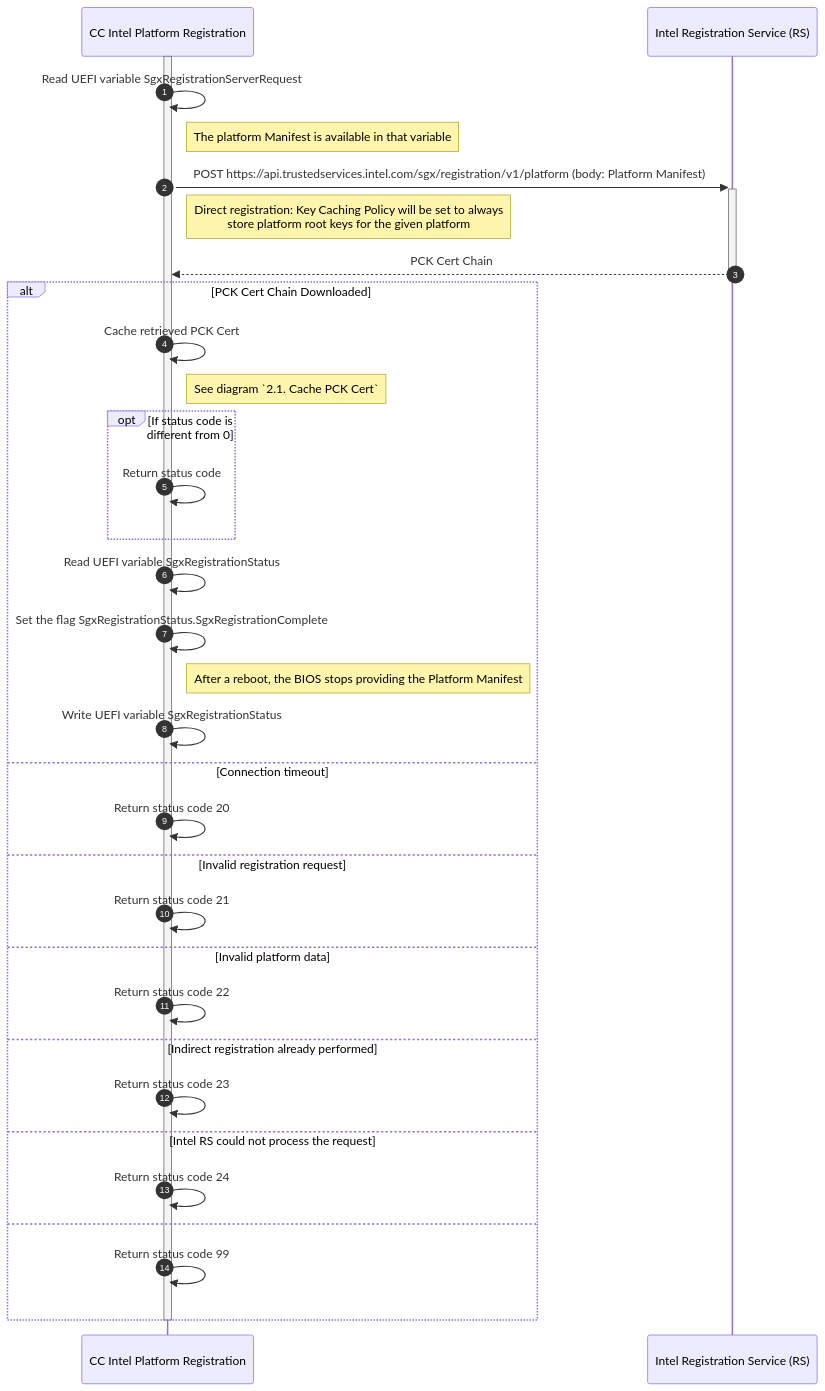
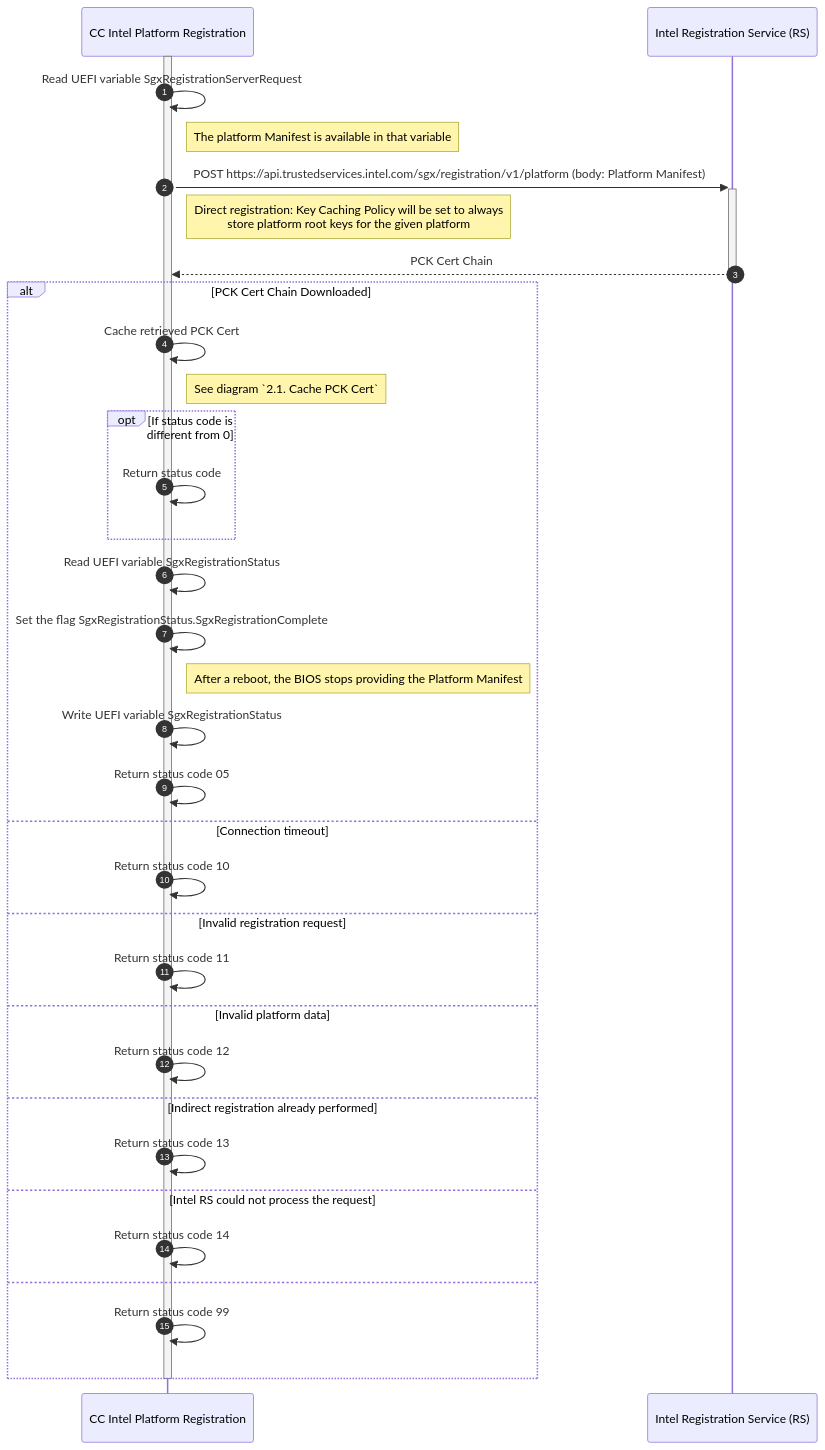
One commit to opensovereigncloud/cc-intel-platform-registration changed the fourth of 4 diagrams in docs/sequence_diagrams/registration.md. Above: the diagram before and after it, drawn with Mermaid. The commit also changed other lines of this file, not shown here.

Commit message:
enhance flow

````diff
--- a/docs/sequence_diagrams/registration.md
+++ b/docs/sequence_diagrams/registration.md
@@ -168,46 +166,48 @@
 ```mermaid
 sequenceDiagram
     participant cc_ipr as CC Intel Platform Registration
     participant rs as Intel Registration Service (RS)
 
     autonumber
 
     activate cc_ipr
     
     cc_ipr->>cc_ipr: Read UEFI variable SgxRegistrationServerRequest
     note right of cc_ipr: The platform Manifest is available in that variable
 
     cc_ipr->>+rs: POST https://api.trustedservices.intel.com/sgx/registration/v1/platform (body: Platform Manifest)
         note right of cc_ipr: Direct registration: Key Caching Policy will be set to always<br> store platform root keys for the given platform 
     rs-->>-cc_ipr: PCK Cert Chain
     
     Alt PCK Cert Chain Downloaded
         cc_ipr->>cc_ipr: Cache retrieved PCK Cert
         note right of cc_ipr: See diagram `2.1. Cache PCK Cert`
 
         opt If status code is different from 0
             cc_ipr->>cc_ipr: Return status code
         end
 
         cc_ipr->>cc_ipr: Read UEFI variable SgxRegistrationStatus
 
         cc_ipr->>cc_ipr: Set the flag SgxRegistrationStatus.SgxRegistrationComplete
         note right of cc_ipr: After a reboot, the BIOS stops providing the Platform Manifest 
 
         cc_ipr->>cc_ipr: Write UEFI variable SgxRegistrationStatus
+
+        cc_ipr->>cc_ipr: Return status code 05
     Else Connection timeout
-        cc_ipr->>cc_ipr: Return status code 20
+        cc_ipr->>cc_ipr: Return status code 10
     Else Invalid registration request
-        cc_ipr->>cc_ipr: Return status code 21
+        cc_ipr->>cc_ipr: Return status code 11
     Else Invalid platform data
-        cc_ipr->>cc_ipr: Return status code 22
+        cc_ipr->>cc_ipr: Return status code 12
     Else Indirect registration already performed
-        cc_ipr->>cc_ipr: Return status code 23
+        cc_ipr->>cc_ipr: Return status code 13
     Else Intel RS could not process the request
-        cc_ipr->>cc_ipr: Return status code 24
+        cc_ipr->>cc_ipr: Return status code 14
     Else
         cc_ipr->>cc_ipr: Return status code 99
     End
 
     deactivate cc_ipr
 ```
````
